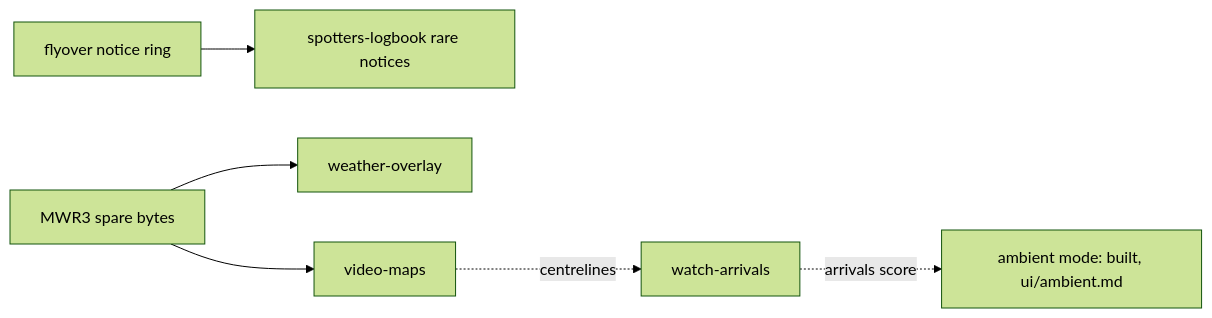
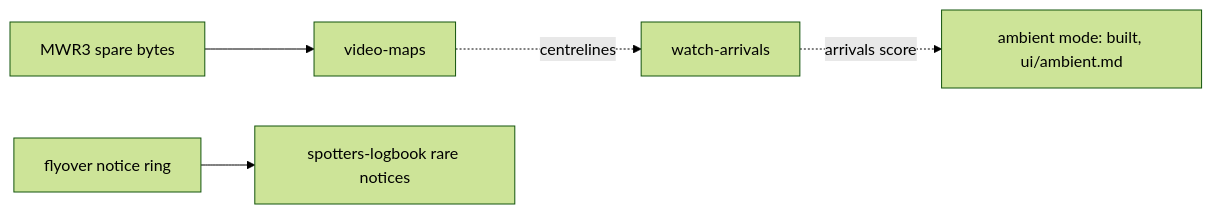
One commit to jfryman/mega-wifi-radar changed the diagram in lode/plans/ideas/summary.md. Above: the diagram before and after it, drawn with Mermaid (forest theme). The commit also changed other lines of this file and 72 other files, not shown here.

First line of the commit message:
Weather overlay: NEXRAD rain as STARS-style stippled cells under the traffic

````diff
--- a/lode/plans/ideas/summary.md
+++ b/lode/plans/ideas/summary.md
@@ -18,8 +17,7 @@
 ```mermaid
 flowchart LR
   ARR[watch-arrivals] -. arrivals score .-> AMB[ambient mode: built, ui/ambient.md]
   MAP[video-maps] -. centrelines .-> ARR
   NOT[flyover notice ring] --> LOG[spotters-logbook rare notices]
-  CFG[MWR3 spare bytes] --> WX[weather-overlay]
-  CFG --> MAP
+  CFG[MWR3 spare bytes] --> MAP
 ```
````
